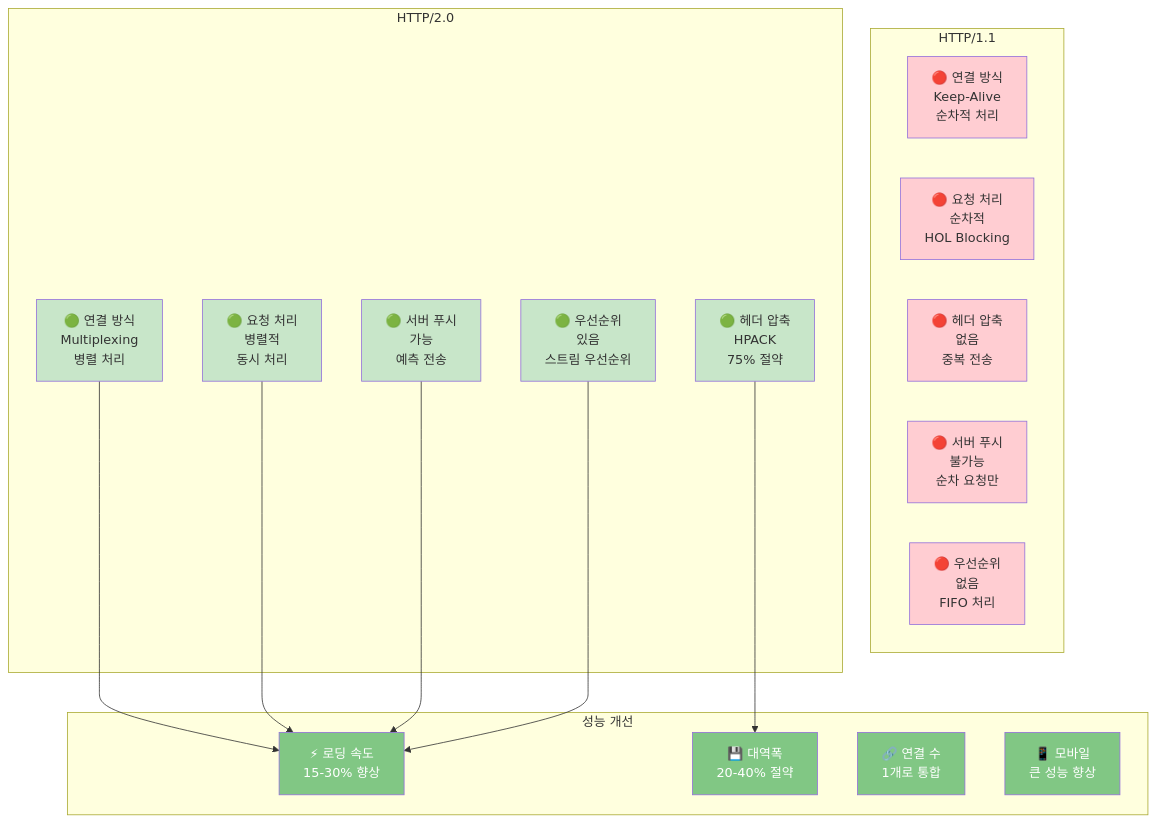
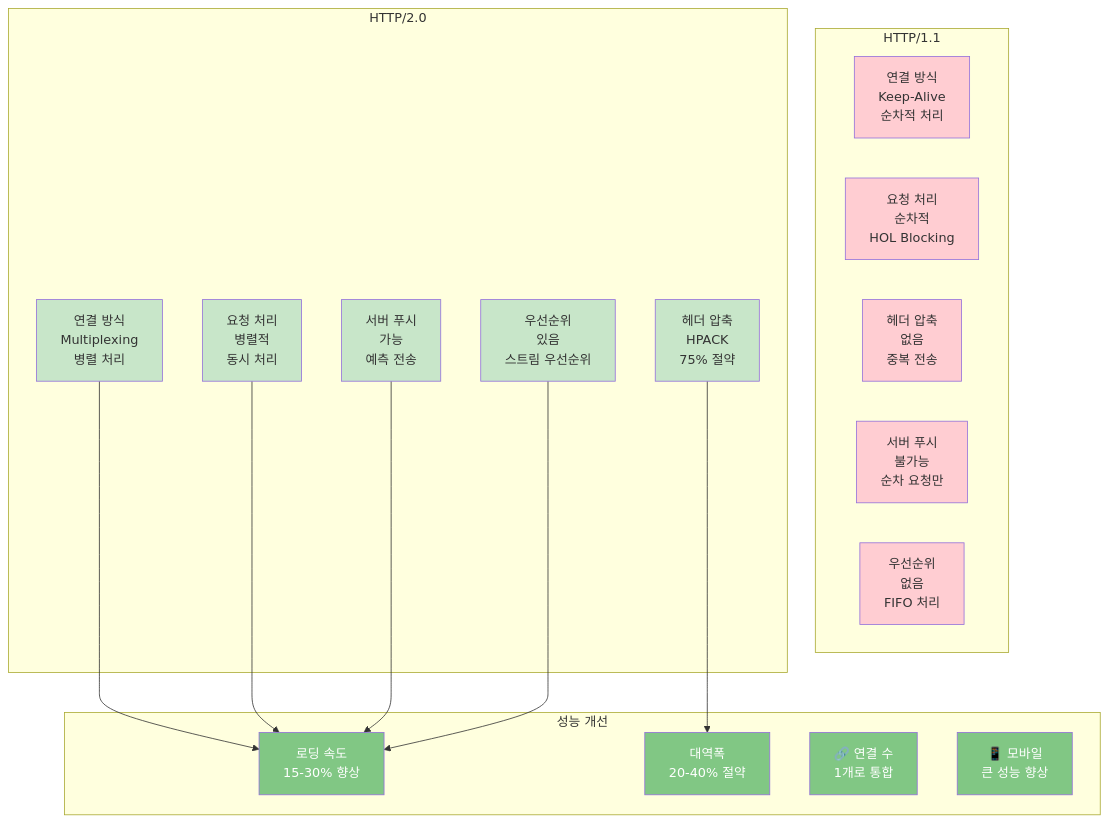
Before and after one commit to GYUTORY/YGSTUDY: the fifth of 5 diagrams in Develop/Network/7 Layer/Application Layer/Http/Http와 Http 2.0.md, drawn with Mermaid. The commit also changed other lines of this file, not shown here.

````diff
--- a/Develop/Network/7 Layer/Application Layer/Http/Http와 Http 2.0.md
+++ b/Develop/Network/7 Layer/Application Layer/Http/Http와 Http 2.0.md
@@ -589,48 +456,48 @@
 ```mermaid
 graph TD
     subgraph "HTTP/1.1"
-        H1_1[🔴 연결 방식<br/>Keep-Alive<br/>순차적 처리]
-        H1_2[🔴 요청 처리<br/>순차적<br/>HOL Blocking]
-        H1_3[🔴 헤더 압축<br/>없음<br/>중복 전송]
-        H1_4[🔴 서버 푸시<br/>불가능<br/>순차 요청만]
-        H1_5[🔴 우선순위<br/>없음<br/>FIFO 처리]
+        H1_1[연결 방식<br/>Keep-Alive<br/>순차적 처리]
+        H1_2[요청 처리<br/>순차적<br/>HOL Blocking]
+        H1_3[헤더 압축<br/>없음<br/>중복 전송]
+        H1_4[서버 푸시<br/>불가능<br/>순차 요청만]
+        H1_5[우선순위<br/>없음<br/>FIFO 처리]
     end
     
     subgraph "HTTP/2.0"
-        H2_1[🟢 연결 방식<br/>Multiplexing<br/>병렬 처리]
-        H2_2[🟢 요청 처리<br/>병렬적<br/>동시 처리]
-        H2_3[🟢 헤더 압축<br/>HPACK<br/>75% 절약]
-        H2_4[🟢 서버 푸시<br/>가능<br/>예측 전송]
-        H2_5[🟢 우선순위<br/>있음<br/>스트림 우선순위]
+        H2_1[연결 방식<br/>Multiplexing<br/>병렬 처리]
+        H2_2[요청 처리<br/>병렬적<br/>동시 처리]
+        H2_3[헤더 압축<br/>HPACK<br/>75% 절약]
+        H2_4[서버 푸시<br/>가능<br/>예측 전송]
+        H2_5[우선순위<br/>있음<br/>스트림 우선순위]
     end
     
     subgraph "성능 개선"
-        PERF1[⚡ 로딩 속도<br/>15-30% 향상]
-        PERF2[💾 대역폭<br/>20-40% 절약]
+        PERF1[로딩 속도<br/>15-30% 향상]
+        PERF2[대역폭<br/>20-40% 절약]
         PERF3[🔗 연결 수<br/>1개로 통합]
         PERF4[📱 모바일<br/>큰 성능 향상]
     end
     
     H2_1 --> PERF1
     H2_2 --> PERF1
     H2_3 --> PERF2
     H2_4 --> PERF1
     H2_5 --> PERF1
     
     style H1_1 fill:#ffcdd2
     style H1_2 fill:#ffcdd2
     style H1_3 fill:#ffcdd2
     style H1_4 fill:#ffcdd2
     style H1_5 fill:#ffcdd2
     
     style H2_1 fill:#c8e6c9
     style H2_2 fill:#c8e6c9
     style H2_3 fill:#c8e6c9
     style H2_4 fill:#c8e6c9
     style H2_5 fill:#c8e6c9
     
     style PERF1 fill:#81c784,color:#fff
     style PERF2 fill:#81c784,color:#fff
     style PERF3 fill:#81c784,color:#fff
     style PERF4 fill:#81c784,color:#fff
 ```
````
